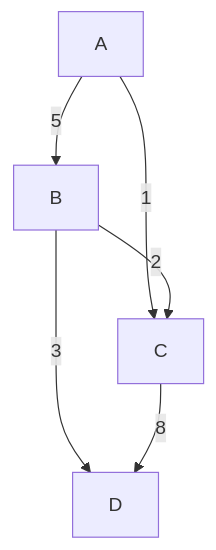
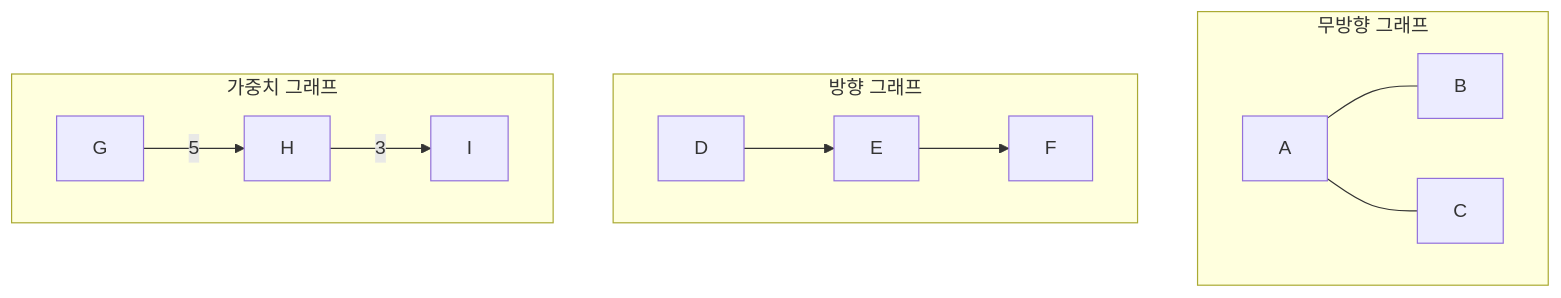
One commit to eyelessiris/eyelessiris.github.io changed the diagram in _posts/2025-12-07-그래프.md. Above: the diagram before and after it, drawn with Mermaid. The commit also changed other lines of this file and 3 other files, not shown here.

First line of the commit message:
Add Jekyll plugins and update graph/tree posts

````diff
--- a/_posts/2025-12-07-그래프.md
+++ b/_posts/2025-12-07-그래프.md
@@ -57,8 +39,12 @@
 ```mermaid
 graph TD
-    A -- 5 --> B
-    A -- 1 --> C
-    B -- 2 --> C
-    B -- 3 --> D
-    C -- 8 --> D
+    subgraph "무방향 그래프"
+        A --- B; A --- C;
+    end
+    subgraph "방향 그래프"
+        D --> E --> F;
+    end
+    subgraph "가중치 그래프"
+        G -- 5 --> H -- 3 --> I;
+    end
 ```
````
